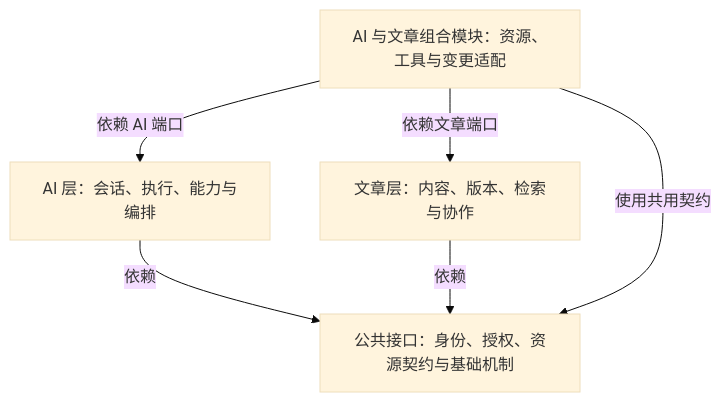
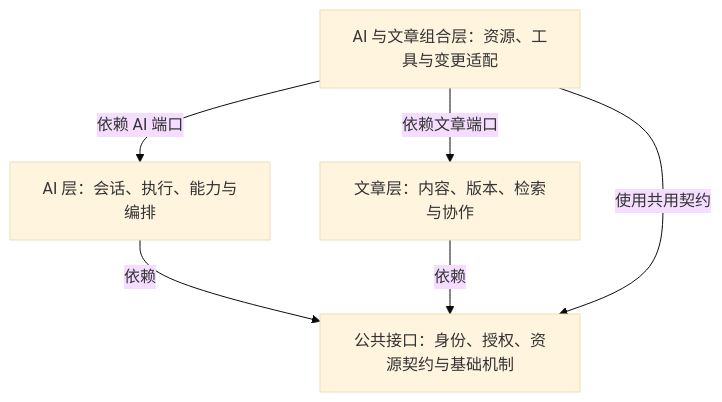
The fourth of 8 diagrams in ARTE 顶层需求及设计.md (CYLJ126/ai-rich-text-editor), drawn with Mermaid (base theme) before and after one commit. The commit also changed other lines of this file, not shown here.

````diff
--- a/ARTE 顶层需求及设计.md
+++ b/ARTE 顶层需求及设计.md
@@ -1117,12 +1126,12 @@
 ```mermaid
 flowchart TB
    AI[AI 层：会话、执行、能力与编排]
 ARTICLE[文章层：内容、版本、检索与协作]
 COMMON[公共接口：身份、授权、资源契约与基础机制]
-INTEGRATION[AI 与文章组合模块：资源、工具与变更适配]
+INTEGRATION[AI 与文章组合层：资源、工具与变更适配]
 AI -->|依赖|COMMON
 ARTICLE -->|依赖|COMMON
 INTEGRATION -->|依赖 AI 端口| AI
 INTEGRATION -->|依赖文章端口|ARTICLE
 INTEGRATION -->|使用共用契约|COMMON
 ```
````
